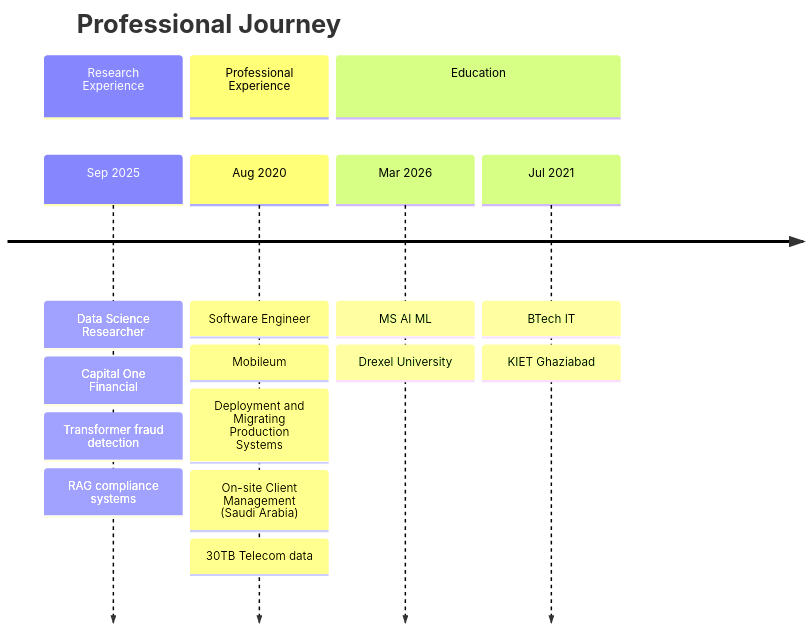
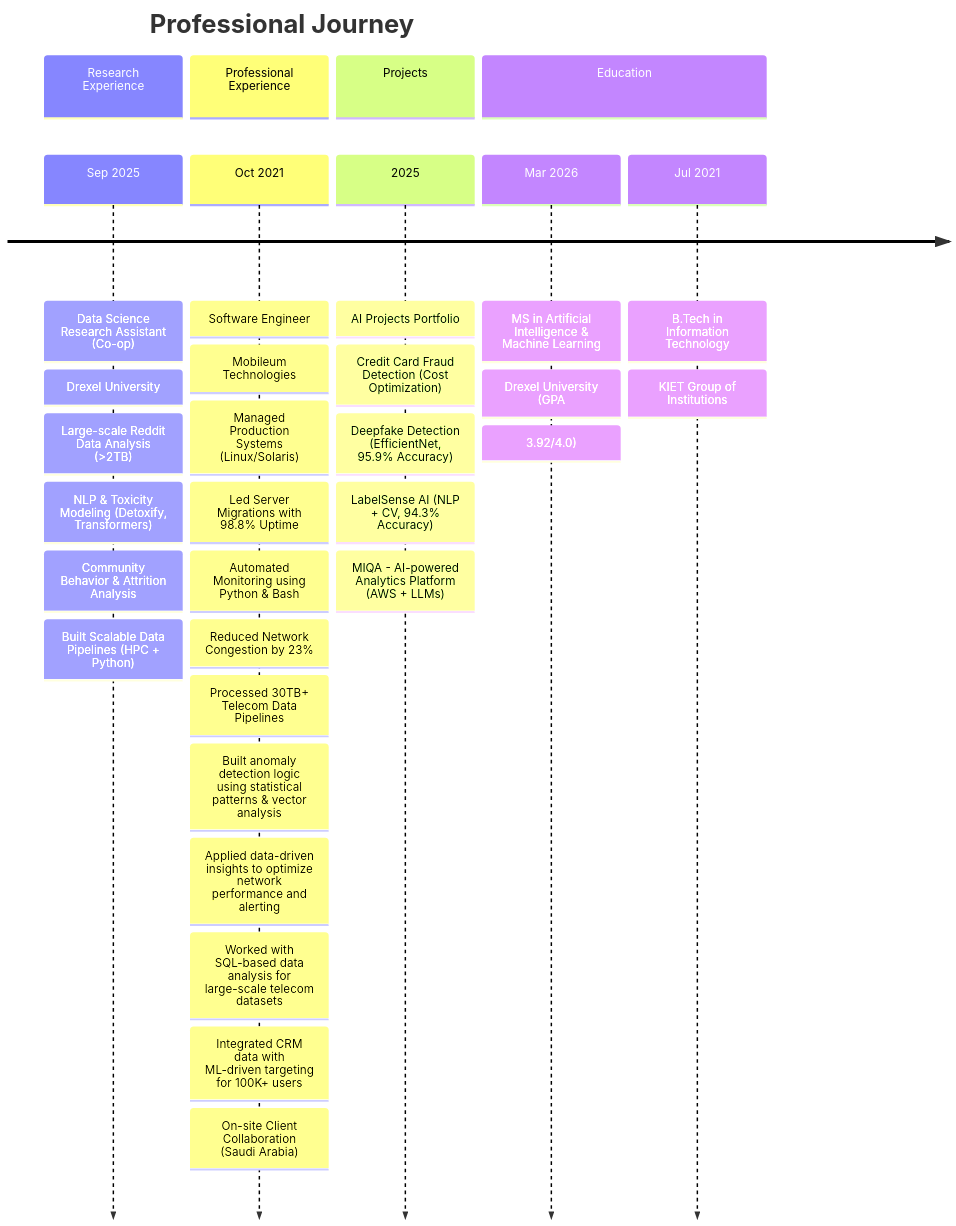
The diagram in README.md (ShobhitDixit98/ShobhitDixit98), drawn with Mermaid before and after one commit.

Commit message:
Revise README with updated experience and education
Updated professional and educational experience sections with new roles, projects, and details.

````diff
--- a/README.md
+++ b/README.md
@@ -37,20 +37,40 @@
 ```mermaid
 timeline
     title Professional Journey
+
     section Research Experience
-    Sep 2025 : Data Science Researcher
-             : Capital One Financial
-             : Transformer fraud detection
-             : RAG compliance systems
+    Sep 2025 : Data Science Research Assistant (Co-op)
+             : Drexel University
+             : Large-scale Reddit Data Analysis (>2TB)
+             : NLP & Toxicity Modeling (Detoxify, Transformers)
+             : Community Behavior & Attrition Analysis
+             : Built Scalable Data Pipelines (HPC + Python)
+
     section Professional Experience
-    Aug 2020 : Software Engineer
-             : Mobileum
-             : Deployment and Migrating Production Systems
-             : On-site Client Management (Saudi Arabia)
-             : 30TB Telecom data
+    Oct 2021 : Software Engineer
+             : Mobileum Technologies
+             : Managed Production Systems (Linux/Solaris)
+             : Led Server Migrations with 98.8% Uptime
+             : Automated Monitoring using Python & Bash
+             : Reduced Network Congestion by 23%
+             : Processed 30TB+ Telecom Data Pipelines
+             : Built anomaly detection logic using statistical patterns & vector analysis
+             : Applied data-driven insights to optimize network performance and alerting
+             : Worked with SQL-based data analysis for large-scale telecom datasets
+             : Integrated CRM data with ML-driven targeting for 100K+ users
+             : On-site Client Collaboration (Saudi Arabia)
+
+    section Projects
+    2025 : AI Projects Portfolio
+         : Credit Card Fraud Detection (Cost Optimization)
+         : Deepfake Detection (EfficientNet, 95.9% Accuracy)
+         : LabelSense AI (NLP + CV, 94.3% Accuracy)
+         : MIQA - AI-powered Analytics Platform (AWS + LLMs)
+
     section Education
-    Mar 2026 : MS AI ML
-             : Drexel University
-    Jul 2021 : BTech IT
-             : KIET Ghaziabad
+    Mar 2026 : MS in Artificial Intelligence & Machine Learning
+             : Drexel University (GPA: 3.92/4.0)
+
+    Jul 2021 : B.Tech in Information Technology
+             : KIET Group of Institutions
 ```
````
